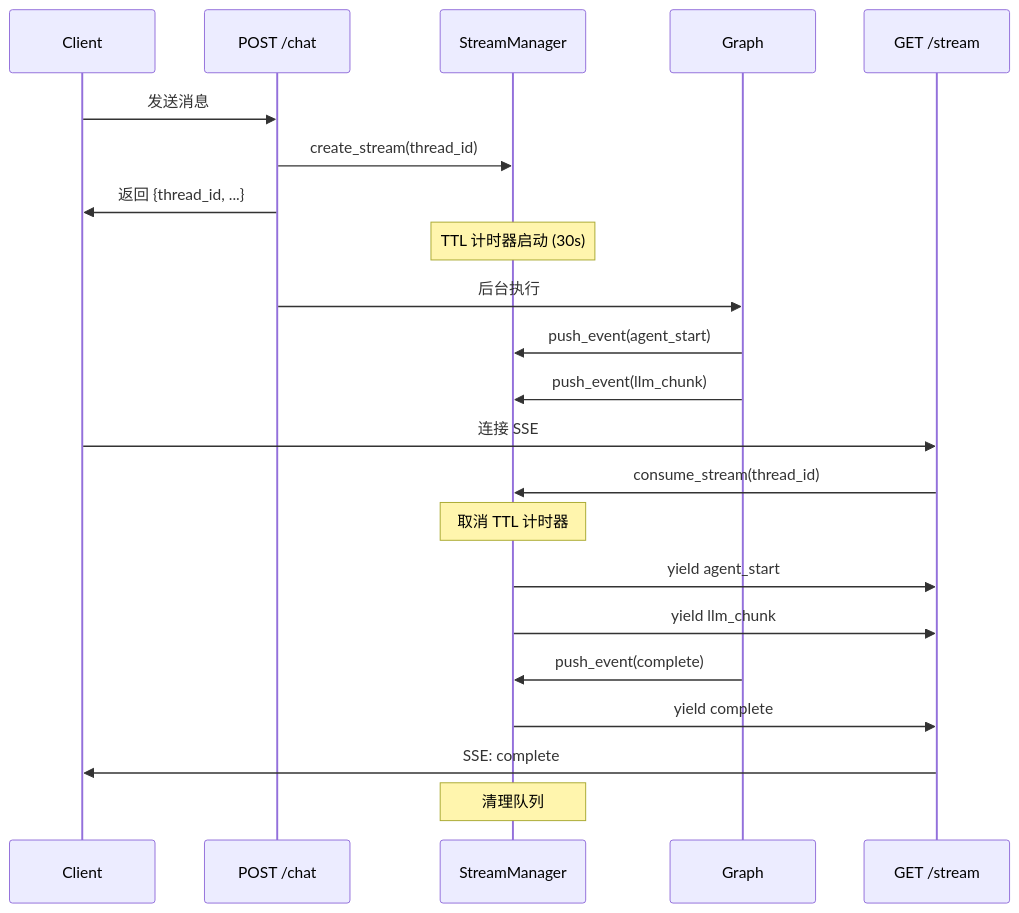
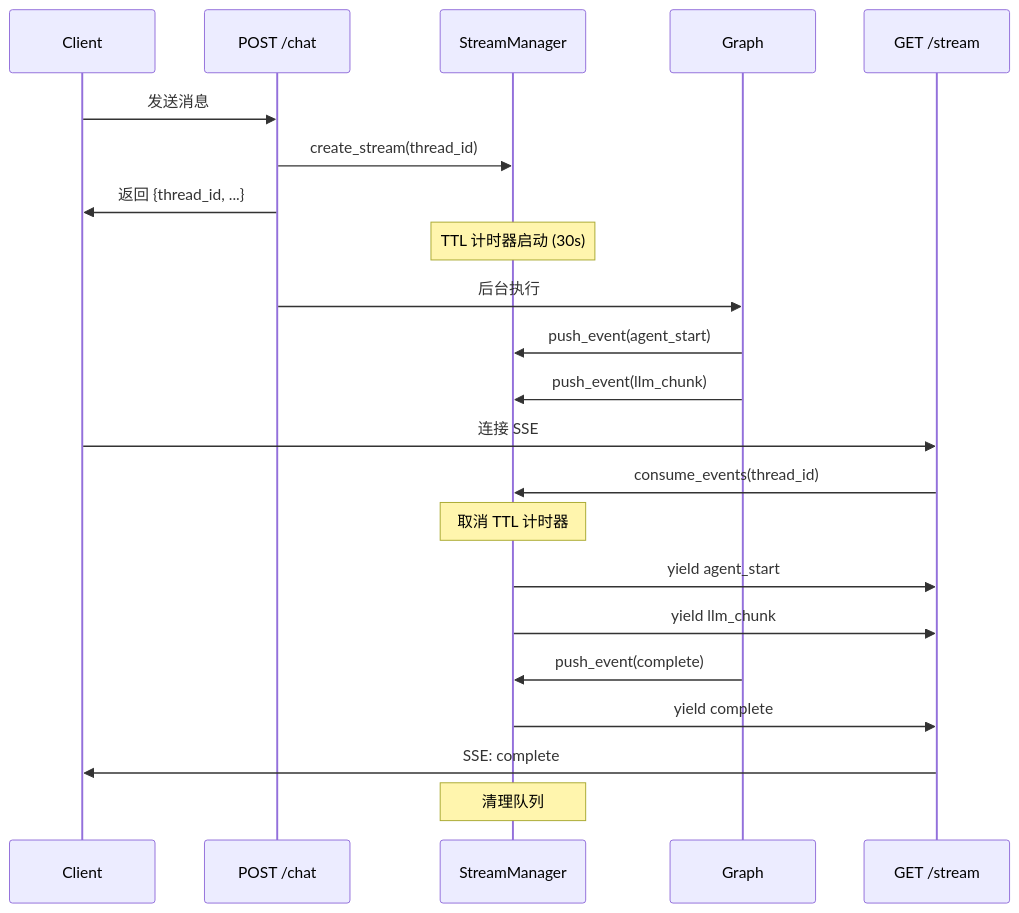
The third of 3 diagrams in docs/streaming.md (Neutrino1998/artifact-flow), drawn with Mermaid before and after one commit. The commit also changed other lines of this file and 4 other files, not shown here.

````diff
--- a/docs/streaming.md
+++ b/docs/streaming.md
@@ -166,30 +166,30 @@
 ```mermaid
 sequenceDiagram
     participant Client
     participant POST /chat
     participant StreamManager
     participant Graph
     participant GET /stream
 
     Client->>POST /chat: 发送消息
     POST /chat->>StreamManager: create_stream(thread_id)
     POST /chat->>Client: 返回 {thread_id, ...}
 
     Note over StreamManager: TTL 计时器启动 (30s)
 
     POST /chat->>Graph: 后台执行
     Graph->>StreamManager: push_event(agent_start)
     Graph->>StreamManager: push_event(llm_chunk)
 
     Client->>GET /stream: 连接 SSE
-    GET /stream->>StreamManager: consume_stream(thread_id)
+    GET /stream->>StreamManager: consume_events(thread_id)
     Note over StreamManager: 取消 TTL 计时器
 
     StreamManager->>GET /stream: yield agent_start
     StreamManager->>GET /stream: yield llm_chunk
 
     Graph->>StreamManager: push_event(complete)
     StreamManager->>GET /stream: yield complete
     GET /stream->>Client: SSE: complete
     Note over StreamManager: 清理队列
 ```
````
